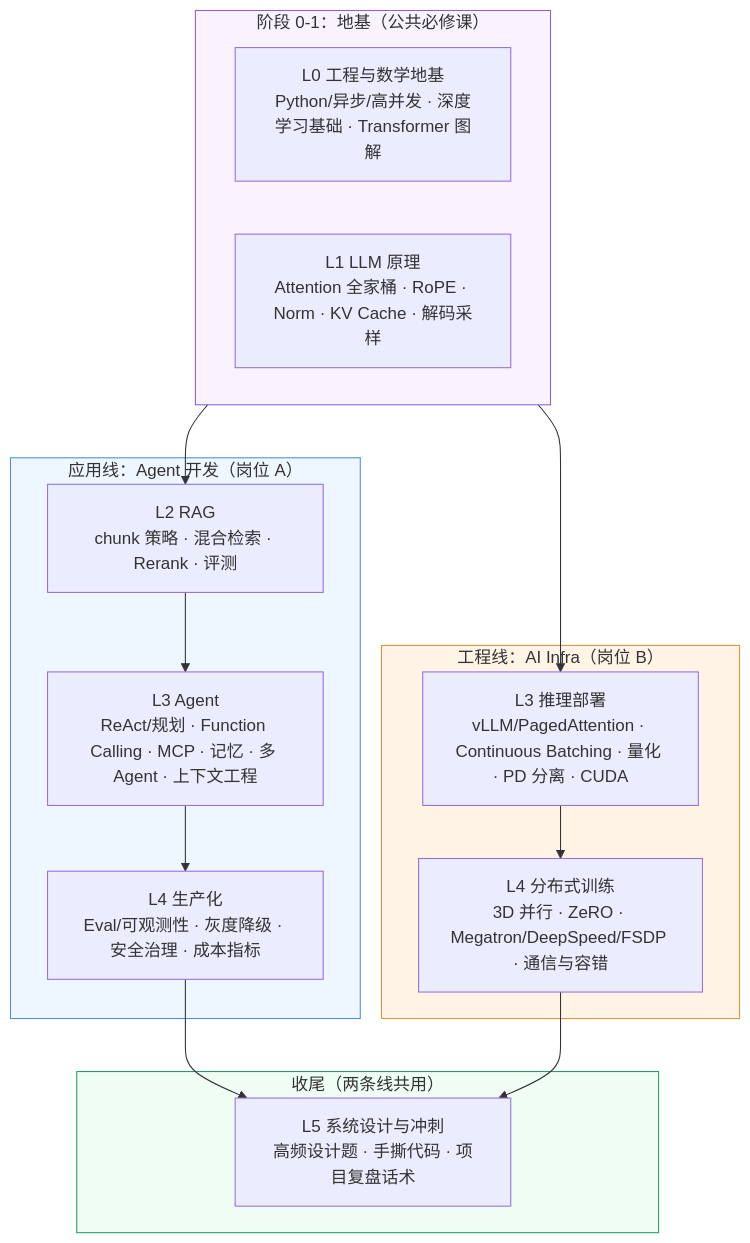
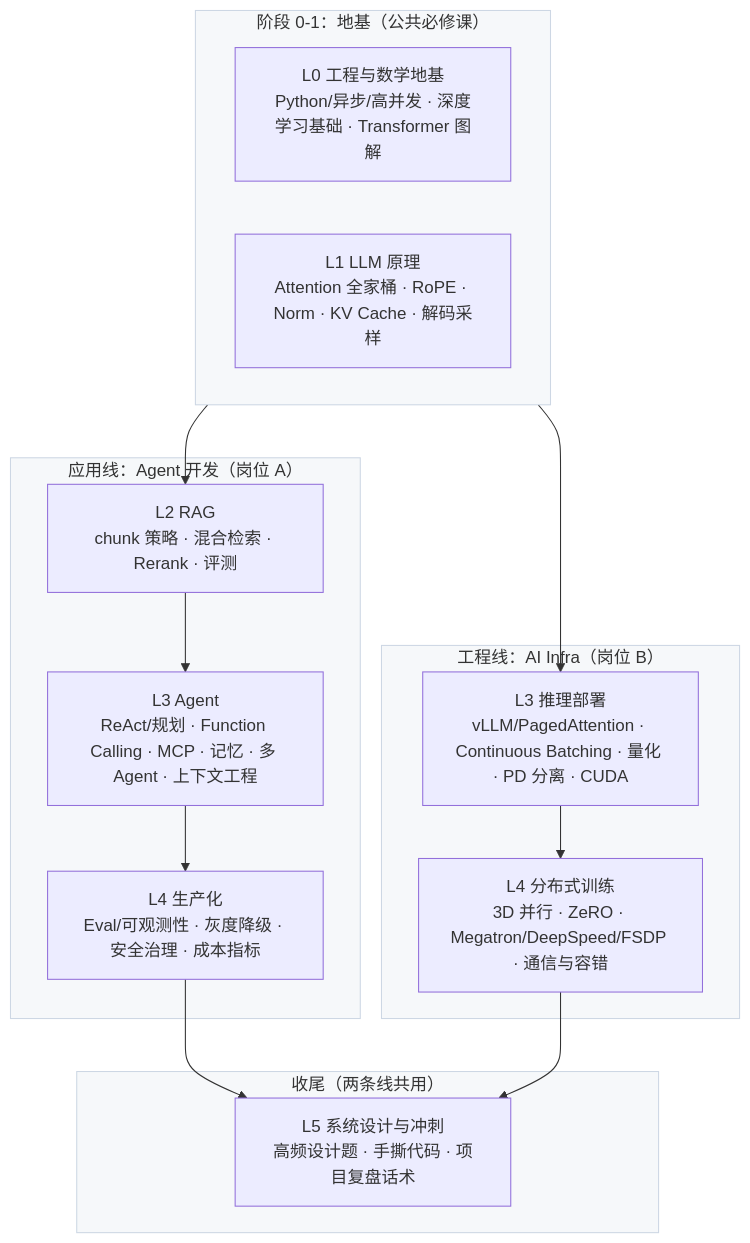
Before and after one commit to backtraxe/offer-is-all-you-need: the first of 2 diagrams in resources/学习路线图.md, drawn with Mermaid. The commit also changed 8 other files, not shown here.

First line of the commit message:
ui: 图表色板去糖果化——彩纸分区 → 统一低饱和中性灰

````diff
--- a/resources/学习路线图.md
+++ b/resources/学习路线图.md
@@ -10,33 +10,33 @@
 ```mermaid
 flowchart TB
     subgraph BASE["阶段 0-1：地基（公共必修课）"]
         L0["L0 工程与数学地基<br/>Python/异步/高并发 · 深度学习基础 · Transformer 图解"]
         L1["L1 LLM 原理<br/>Attention 全家桶 · RoPE · Norm · KV Cache · 解码采样"]
     end
 
     subgraph APP["应用线：Agent 开发（岗位 A）"]
         L2A["L2 RAG<br/>chunk 策略 · 混合检索 · Rerank · 评测"]
         L3A["L3 Agent<br/>ReAct/规划 · Function Calling · MCP · 记忆 · 多 Agent · 上下文工程"]
         L4A["L4 生产化<br/>Eval/可观测性 · 灰度降级 · 安全治理 · 成本指标"]
     end
 
     subgraph INFRA["工程线：AI Infra（岗位 B）"]
         L3B["L3 推理部署<br/>vLLM/PagedAttention · Continuous Batching · 量化 · PD 分离 · CUDA"]
         L4B["L4 分布式训练<br/>3D 并行 · ZeRO · Megatron/DeepSpeed/FSDP · 通信与容错"]
     end
 
     subgraph TOP["收尾（两条线共用）"]
         L5["L5 系统设计与冲刺<br/>高频设计题 · 手撕代码 · 项目复盘话术"]
     end
 
     BASE --> L2A & L3B
     L2A --> L3A --> L4A
     L3B --> L4B
     L4A --> L5
     L4B --> L5
 
-    style APP fill:#eef6ff,stroke:#4a90d9
-    style INFRA fill:#fff4e6,stroke:#e8912d
-    style TOP fill:#f0fdf4,stroke:#22a06b
-    style BASE fill:#f9f2ff,stroke:#8e5fd3
+    style APP fill:#f6f8fa,stroke:#cdd7e4
+    style INFRA fill:#f6f8fa,stroke:#cdd7e4
+    style TOP fill:#f6f8fa,stroke:#cdd7e4
+    style BASE fill:#f6f8fa,stroke:#cdd7e4
 ```
````
